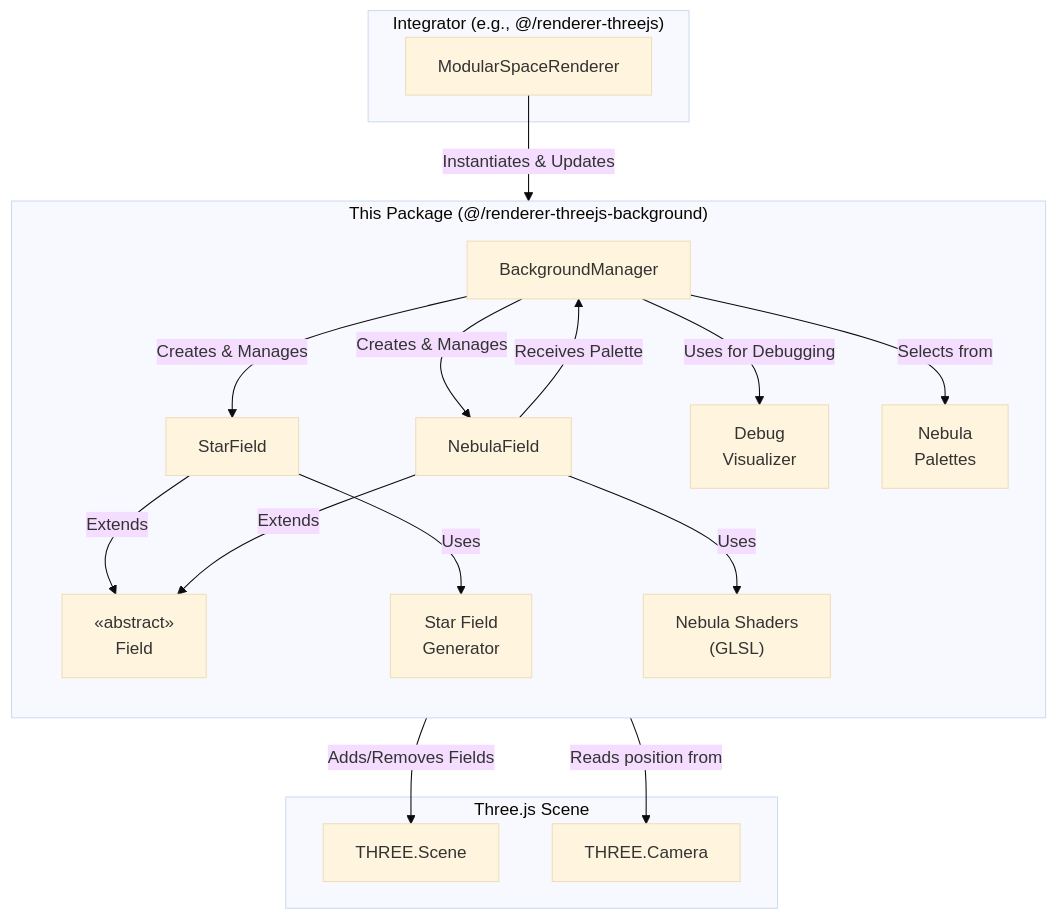
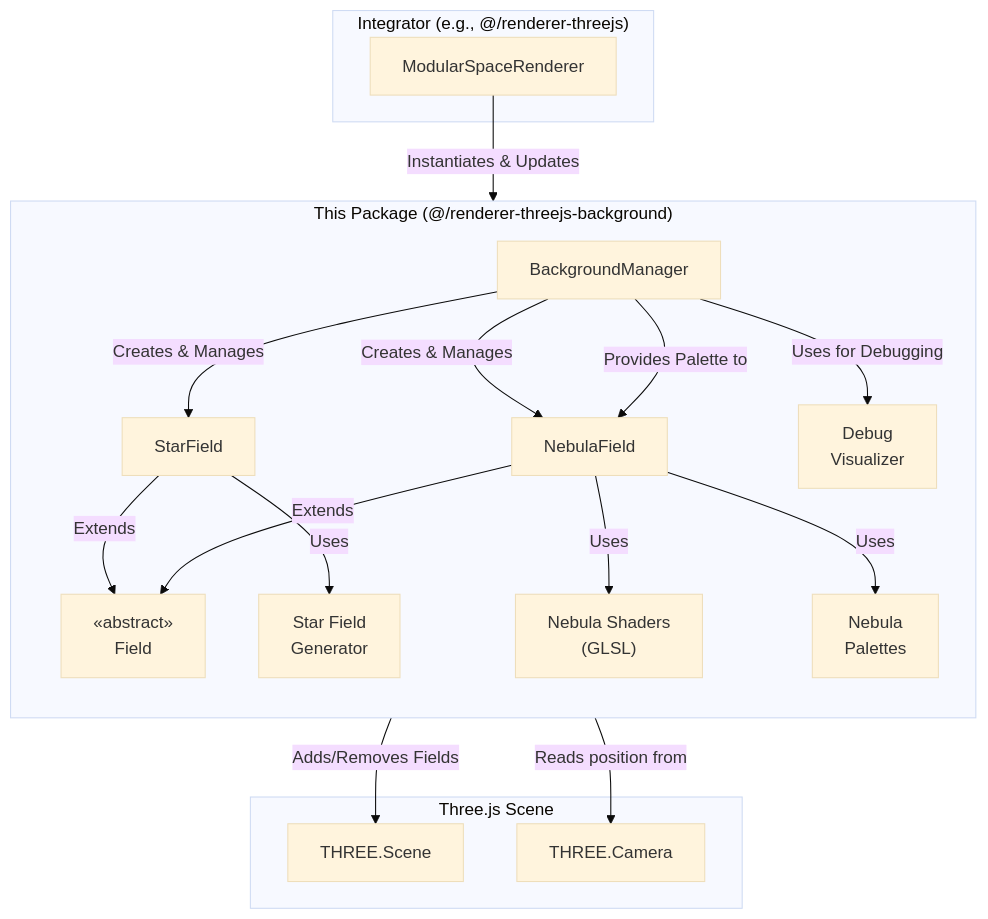
Before and after one commit to tanepiper/teskooano: the diagram in packages/renderer/threejs-background/ARCHITECTURE.md, drawn with Mermaid (base theme). The commit also changed other lines of this file and 32 other files, not shown here.

````diff
--- a/packages/renderer/threejs-background/ARCHITECTURE.md
+++ b/packages/renderer/threejs-background/ARCHITECTURE.md
@@ -11,40 +11,40 @@
 ```mermaid
 graph TD
     subgraph "Integrator (e.g., @/renderer-threejs)"
         MSR["ModularSpaceRenderer"];
     end
 
     subgraph "This Package (@/renderer-threejs-background)"
         direction TB
         BM["BackgroundManager"];
         AbstractField["«abstract»<br/>Field"];
         StarField["StarField"];
         NebulaField["NebulaField"];
         SFG["Star Field<br/>Generator"];
         NFS["Nebula Shaders<br/>(GLSL)"];
         NFP["Nebula<br/>Palettes"];
         DV["Debug<br/>Visualizer"];
     end
 
     subgraph "Three.js Scene"
         Scene["THREE.Scene"];
         Camera["THREE.Camera"];
     end
 
     MSR -- "Instantiates & Updates" --> BM;
 
     BM -- "Creates & Manages" --> StarField;
     BM -- "Creates & Manages" --> NebulaField;
     BM -- "Uses for Debugging" --> DV;
     BM -- "Reads position from" --> Camera;
     BM -- "Adds/Removes Fields" --> Scene;
 
 
     StarField -- "Extends" --> AbstractField;
     NebulaField -- "Extends" --> AbstractField;
 
     StarField -- "Uses" --> SFG;
     NebulaField -- "Uses" --> NFS;
-    BM -- "Selects from" --> NFP;
-    NebulaField -- "Receives Palette" --> BM;
+    BM -- "Provides Palette to" --> NebulaField;
+    NebulaField -- "Uses" --> NFP;
 ```
````
